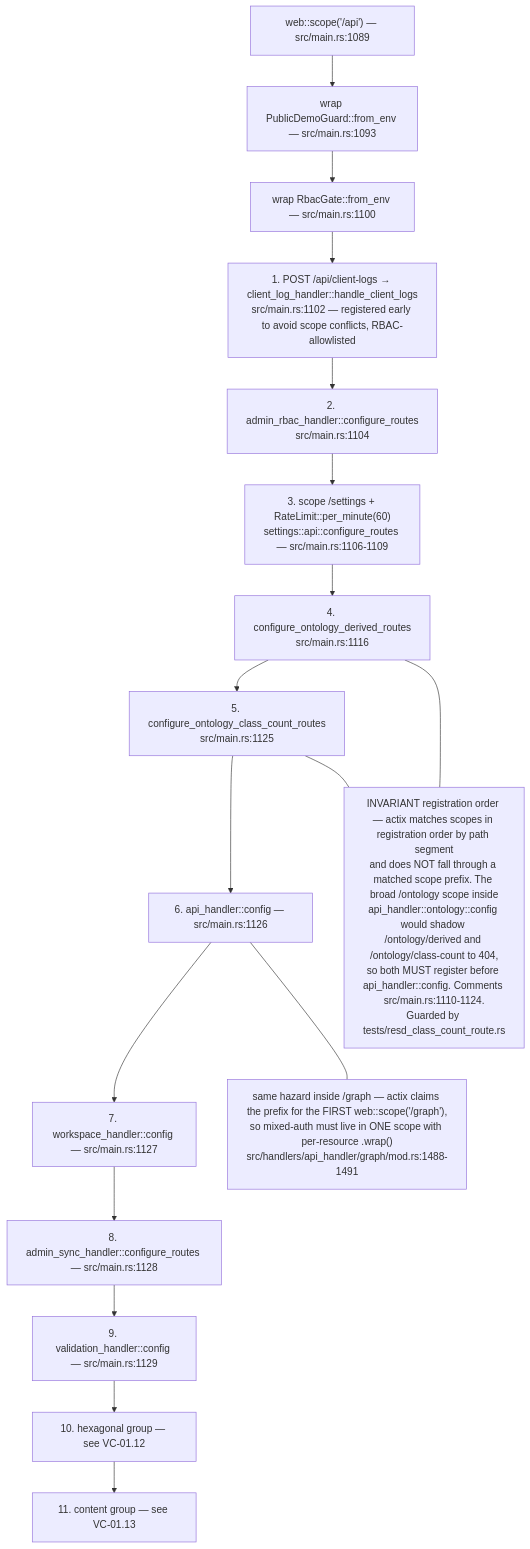
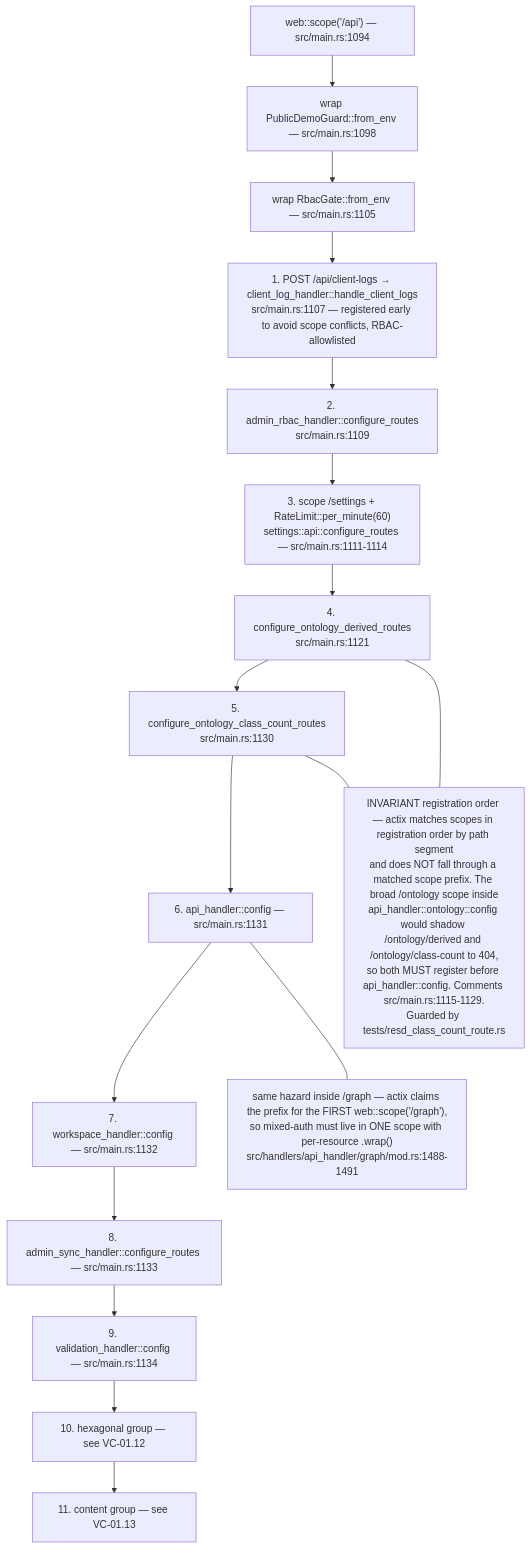
One commit to DreamLab-AI/VisionFlow changed the eighth of 13 diagrams in docs/diagrams/visionclaw/01-boot-and-app-state.md. Above: the diagram before and after it, drawn with Mermaid. The commit also changed other lines of this file and 136 other files, not shown here.

First line of the commit message:
docs(diagrams): refresh the whole corpus to code HEAD and prune low-value diagrams

````diff
--- a/docs/diagrams/visionclaw/01-boot-and-app-state.md
+++ b/docs/diagrams/visionclaw/01-boot-and-app-state.md
@@ -412,22 +364,22 @@
 ```mermaid
 flowchart TB
-    S["web::scope('/api') — src/main.rs:1089"]
-    S --> G1["wrap PublicDemoGuard::from_env — src/main.rs:1093"]
-    G1 --> G2["wrap RbacGate::from_env — src/main.rs:1100"]
-    G2 --> R1["1. POST /api/client-logs → client_log_handler::handle_client_logs<br/>src/main.rs:1102 — registered early to avoid scope conflicts, RBAC-allowlisted"]
-    R1 --> R2["2. admin_rbac_handler::configure_routes<br/>src/main.rs:1104"]
-    R2 --> R3["3. scope /settings + RateLimit::per_minute(60)<br/>settings::api::configure_routes — src/main.rs:1106-1109"]
-    R3 --> R4["4. configure_ontology_derived_routes<br/>src/main.rs:1116"]
-    R4 --> R5["5. configure_ontology_class_count_routes<br/>src/main.rs:1125"]
-    R5 --> R6["6. api_handler::config — src/main.rs:1126"]
-    R6 --> R7["7. workspace_handler::config — src/main.rs:1127"]
-    R7 --> R8["8. admin_sync_handler::configure_routes — src/main.rs:1128"]
-    R8 --> R9["9. validation_handler::config — src/main.rs:1129"]
+    S["web::scope('/api') — src/main.rs:1094"]
+    S --> G1["wrap PublicDemoGuard::from_env — src/main.rs:1098"]
+    G1 --> G2["wrap RbacGate::from_env — src/main.rs:1105"]
+    G2 --> R1["1. POST /api/client-logs → client_log_handler::handle_client_logs<br/>src/main.rs:1107 — registered early to avoid scope conflicts, RBAC-allowlisted"]
+    R1 --> R2["2. admin_rbac_handler::configure_routes<br/>src/main.rs:1109"]
+    R2 --> R3["3. scope /settings + RateLimit::per_minute(60)<br/>settings::api::configure_routes — src/main.rs:1111-1114"]
+    R3 --> R4["4. configure_ontology_derived_routes<br/>src/main.rs:1121"]
+    R4 --> R5["5. configure_ontology_class_count_routes<br/>src/main.rs:1130"]
+    R5 --> R6["6. api_handler::config — src/main.rs:1131"]
+    R6 --> R7["7. workspace_handler::config — src/main.rs:1132"]
+    R7 --> R8["8. admin_sync_handler::configure_routes — src/main.rs:1133"]
+    R8 --> R9["9. validation_handler::config — src/main.rs:1134"]
     R9 --> R10["10. hexagonal group — see VC-01.12"]
     R10 --> R11["11. content group — see VC-01.13"]
-    ORD["INVARIANT registration order — actix matches scopes in registration order by path segment<br/>and does NOT fall through a matched scope prefix. The broad /ontology scope inside<br/>api_handler::ontology::config would shadow /ontology/derived and /ontology/class-count to 404,<br/>so both MUST register before api_handler::config. Comments src/main.rs:1110-1124.<br/>Guarded by tests/resd_class_count_route.rs"]
+    ORD["INVARIANT registration order — actix matches scopes in registration order by path segment<br/>and does NOT fall through a matched scope prefix. The broad /ontology scope inside<br/>api_handler::ontology::config would shadow /ontology/derived and /ontology/class-count to 404,<br/>so both MUST register before api_handler::config. Comments src/main.rs:1115-1129.<br/>Guarded by tests/resd_class_count_route.rs"]
     R4 --- ORD
     R5 --- ORD
     ORD2["same hazard inside /graph — actix claims the prefix for the FIRST web::scope('/graph'),<br/>so mixed-auth must live in ONE scope with per-resource .wrap()<br/>src/handlers/api_handler/graph/mod.rs:1488-1491"]
     R6 --- ORD2
 ```
````
